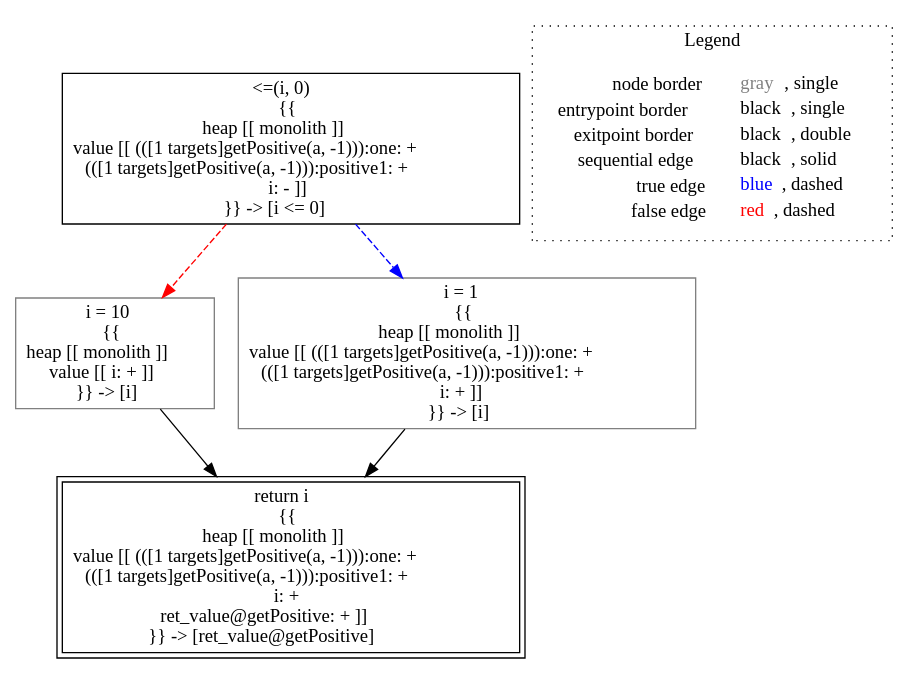
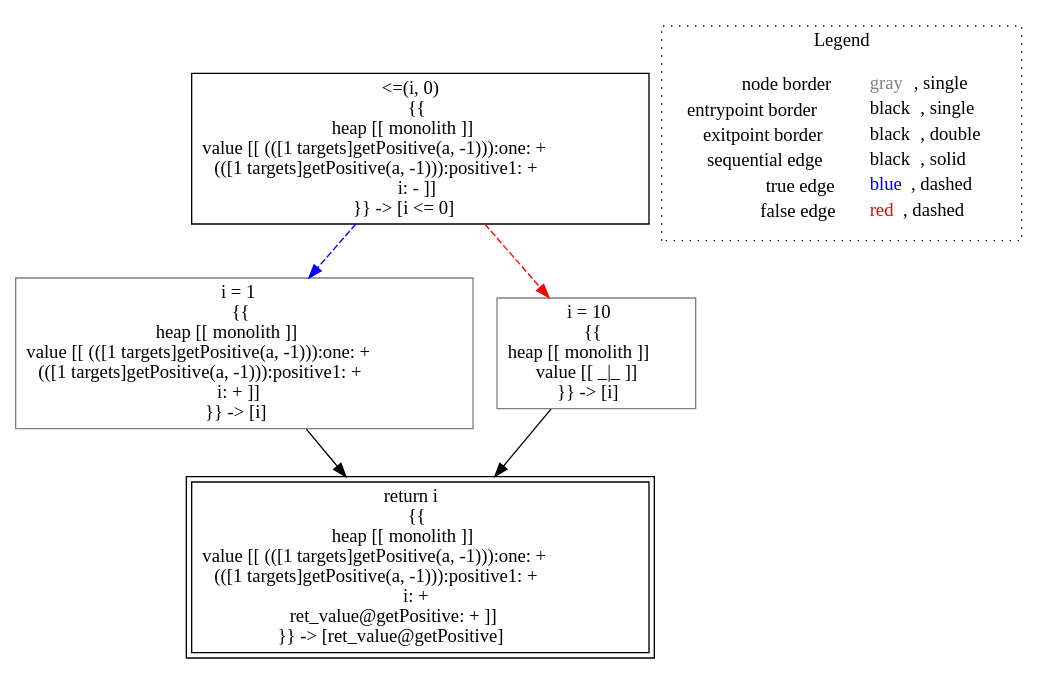
The diagram in lisa/imp-testcases/interprocedural/RTAContextSensitive1/analysis___320221134_untyped_A.getPositive(A_this,_untyped_i).dot (lisa-analyzer/lisa), drawn with Graphviz before and after one commit. The commit also changed 17 other files, not shown here.

```diff
--- a/lisa/imp-testcases/interprocedural/RTAContextSensitive1/analysis___320221134_untyped_A.getPositive(A_this,_untyped_i).dot
+++ b/lisa/imp-testcases/interprocedural/RTAContextSensitive1/analysis___320221134_untyped_A.getPositive(A_this,_untyped_i).dot
@@ -1,17 +1,17 @@
 digraph {
 	"node0" [shape="rect",color="black",label=<&lt;=(i, 0)<BR/>{{<BR/>heap [[ monolith ]]<BR/>value [[ (([1 targets]getPositive(a, -1))):one: +<BR/>(([1 targets]getPositive(a, -1))):positive1: +<BR/>i: - ]]<BR/>}} -&gt; [i &lt;= 0]>];
-	"node1" [shape="rect",color="gray",label=<i = 10<BR/>{{<BR/>heap [[ monolith ]]<BR/>value [[ i: + ]]<BR/>}} -&gt; [i]>];
+	"node1" [shape="rect",color="gray",label=<i = 1<BR/>{{<BR/>heap [[ monolith ]]<BR/>value [[ (([1 targets]getPositive(a, -1))):one: +<BR/>(([1 targets]getPositive(a, -1))):positive1: +<BR/>i: + ]]<BR/>}} -&gt; [i]>];
 	"node2" [shape="rect",color="black",peripheries="2",label=<return i<BR/>{{<BR/>heap [[ monolith ]]<BR/>value [[ (([1 targets]getPositive(a, -1))):one: +<BR/>(([1 targets]getPositive(a, -1))):positive1: +<BR/>i: +<BR/>ret_value@getPositive: + ]]<BR/>}} -&gt; [ret_value@getPositive]>];
-	"node3" [shape="rect",color="gray",label=<i = 1<BR/>{{<BR/>heap [[ monolith ]]<BR/>value [[ (([1 targets]getPositive(a, -1))):one: +<BR/>(([1 targets]getPositive(a, -1))):positive1: +<BR/>i: + ]]<BR/>}} -&gt; [i]>];
+	"node3" [shape="rect",color="gray",label=<i = 10<BR/>{{<BR/>heap [[ monolith ]]<BR/>value [[ _|_ ]]<BR/>}} -&gt; [i]>];
+	"node0" -> "node1" [color="blue",style="dashed"];
+	"node0" -> "node3" [color="red",style="dashed"];
 	"node1" -> "node2" [color="black"];
-	"node0" -> "node1" [color="red",style="dashed"];
-	"node0" -> "node3" [color="blue",style="dashed"];
 	"node3" -> "node2" [color="black"];
 subgraph cluster_legend {
 	label="Legend";
 	style=dotted;
 	node [shape=plaintext];
 	"legend" [label=<<table border="0" cellpadding="2" cellspacing="0" cellborder="0"><tr><td align="right">node border&nbsp;</td><td align="left"><font color="gray">gray</font>, single</td></tr><tr><td align="right">entrypoint border&nbsp;</td><td align="left"><font color="black">black</font>, single</td></tr><tr><td align="right">exitpoint border&nbsp;</td><td align="left"><font color="black">black</font>, double</td></tr><tr><td align="right">sequential edge&nbsp;</td><td align="left"><font color="black">black</font>, solid</td></tr><tr><td align="right">true edge&nbsp;</td><td align="left"><font color="blue">blue</font>, dashed</td></tr><tr><td align="right">false edge&nbsp;</td><td align="left"><font color="red">red</font>, dashed</td></tr></table>>];
 }
 
 }
```
